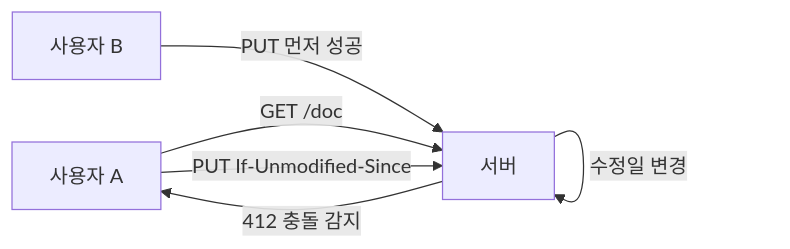
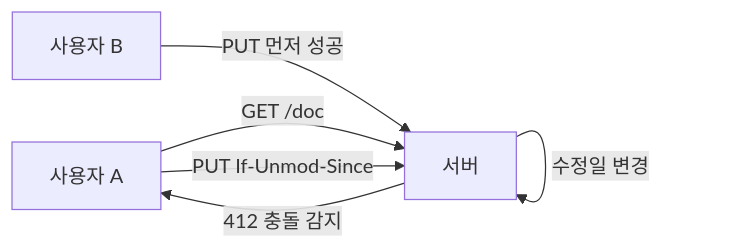
The fifth of 5 diagrams in _posts/http/2021-02-18-http-9.md (yjkim2015/yjkim2015.github.io), drawn with Mermaid before and after one commit. The commit also changed other lines of this file and 245 other files, not shown here.

First line of the commit message:
Mermaid 다이어그램 전면 수정 + 면접 포인트 접기/펼치기 + DB 데드락 페이지

````diff
--- a/_posts/http/2021-02-18-http-9.md
+++ b/_posts/http/2021-02-18-http-9.md
@@ -251,8 +251,8 @@
 ```mermaid
 graph LR
     A["사용자 A"] -->|"GET /doc"| S["서버"]
     B["사용자 B"] -->|"PUT 먼저 성공"| S
     S -->|"수정일 변경"| S
-    A -->|"PUT If-Unmodified-Since"| S
+    A -->|"PUT If-Unmod-Since"| S
     S -->|"412 충돌 감지"| A
 ```
````
